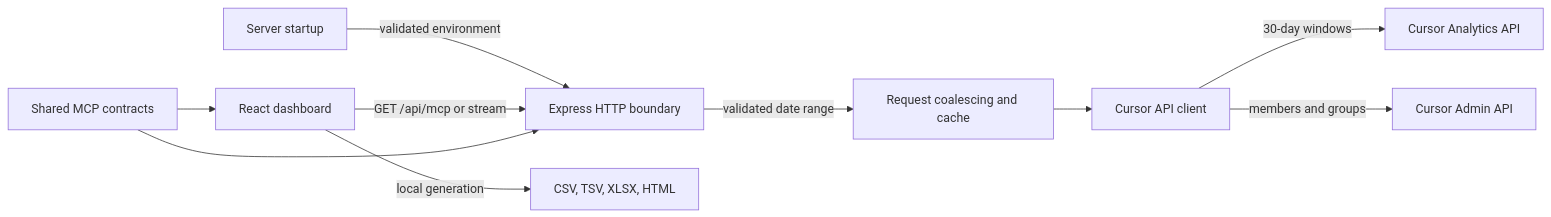
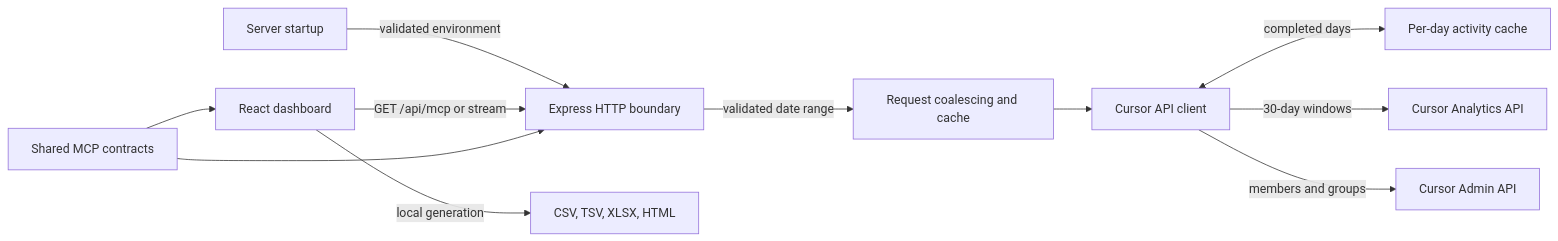
Before and after one commit to danielpilla/mcp-adoption-dashboard: the first of 2 diagrams in README.md, drawn with Mermaid. The commit also changed other lines of this file and 42 other files, not shown here.

First line of the commit message:
Return partial data at configurable caps, cache completed days, and load the directory in the background (#11)

````diff
--- a/README.md
+++ b/README.md
@@ -111,12 +140,13 @@
 ```mermaid
 flowchart LR
   Startup["Server startup"] -->|"validated environment"| HTTP["Express HTTP boundary"]
   Browser["React dashboard"] -->|"GET /api/mcp or stream"| HTTP
   HTTP -->|"validated date range"| Coordinator["Request coalescing and cache"]
   Coordinator --> Client["Cursor API client"]
+  Client <-->|"completed days"| DayCache["Per-day activity cache"]
   Client -->|"30-day windows"| Analytics["Cursor Analytics API"]
   Client -->|"members and groups"| Admin["Cursor Admin API"]
   Contracts["Shared MCP contracts"] --> Browser
   Contracts --> HTTP
   Browser -->|"local generation"| Exports["CSV, TSV, XLSX, HTML"]
 ```
````
